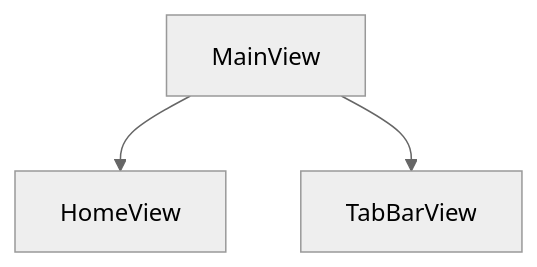
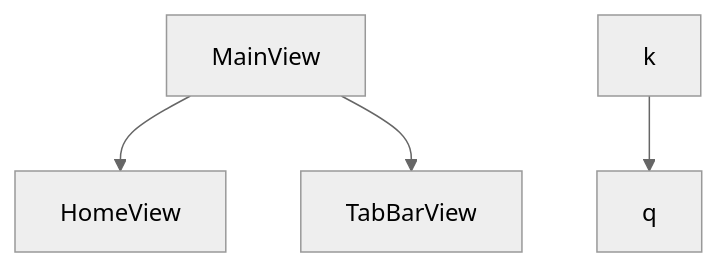
The diagram in _posts/2023-11-27-swiftui-state-lift-up.markdown (mun9769/mun9769.github.io), drawn with Mermaid (neutral theme) before and after one commit.

```diff
--- a/_posts/2023-11-27-swiftui-state-lift-up.markdown
+++ b/_posts/2023-11-27-swiftui-state-lift-up.markdown
@@ -21,5 +21,6 @@
 ~~~mermaid
 graph TB
 a[MainView] --> b[HomeView]
 a --> TabBarView
+k --> q
 ~~~
```
